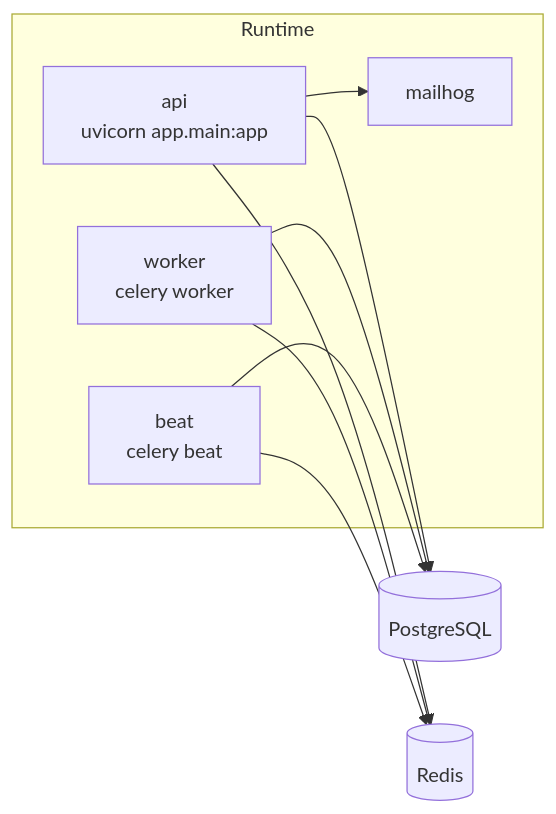
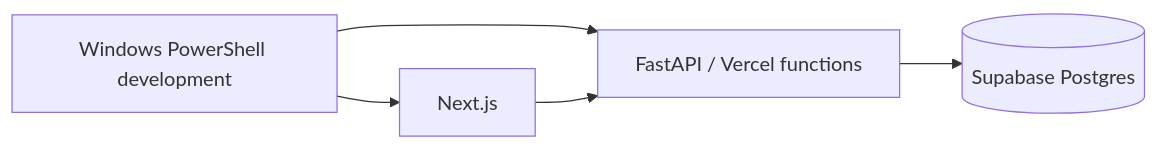
One commit to verixlabs-chase/seo-accelerator-tool changed the diagram in docs/platform/system_architecture.md. Above: the diagram before and after it, drawn with Mermaid. The commit also changed other lines of this file and 39 other files, not shown here.

Commit message:
feat: make development and CI Windows-native (#8)

````diff
--- a/docs/platform/system_architecture.md
+++ b/docs/platform/system_architecture.md
@@ -7,16 +8,7 @@
 ```mermaid
 flowchart LR
-    subgraph Runtime
-        API[api\nuvicorn app.main:app]
-        W[worker\ncelery worker]
-        B[beat\ncelery beat]
-        MH[mailhog]
-    end
-    API --> PG[(PostgreSQL)]
-    API --> R[(Redis)]
-    W --> PG
-    W --> R
-    B --> R
-    B --> PG
-    API --> MH
+    WIN[Windows PowerShell development] --> FE[Next.js]
+    WIN --> API[FastAPI / Vercel functions]
+    FE --> API
+    API --> PG[(Supabase Postgres)]
 ```
````
